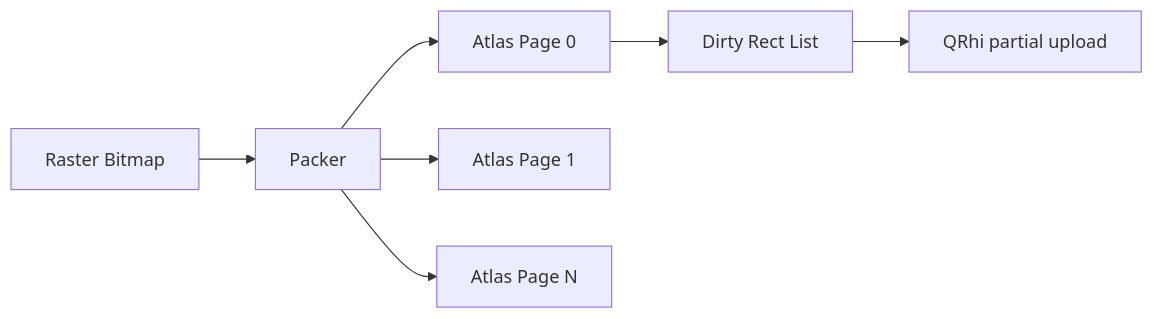
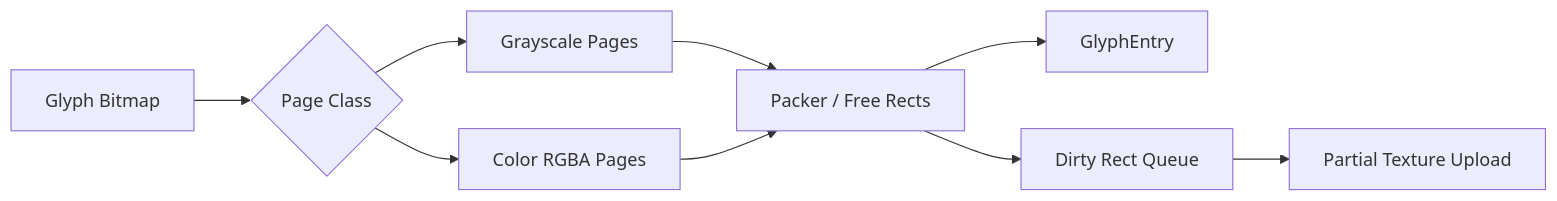
One commit to han-shao-jun/NovaTerm changed the second of 5 diagrams in docs/architecture/stages/P5_Glyph_and_GPU_Pipeline.md. Above: the diagram before and after it, drawn with Mermaid. The commit also changed other lines of this file and 24 other files, not shown here.

````diff
--- a/docs/architecture/stages/P5_Glyph_and_GPU_Pipeline.md
+++ b/docs/architecture/stages/P5_Glyph_and_GPU_Pipeline.md
@@ -71,9 +187,11 @@
 ```mermaid
 flowchart LR
-    B[Raster Bitmap] --> P[Packer]
-    P --> A1[Atlas Page 0]
-    P --> A2[Atlas Page 1]
-    P --> AN[Atlas Page N]
-    A1 --> D[Dirty Rect List]
-    D --> U[QRhi partial upload]
+    B[Glyph Bitmap] --> PC{Page Class}
+    PC --> G[Grayscale Pages]
+    PC --> C[Color RGBA Pages]
+    G --> P[Packer / Free Rects]
+    C --> P
+    P --> E[GlyphEntry]
+    P --> D[Dirty Rect Queue]
+    D --> U[Partial Texture Upload]
 ```
````
